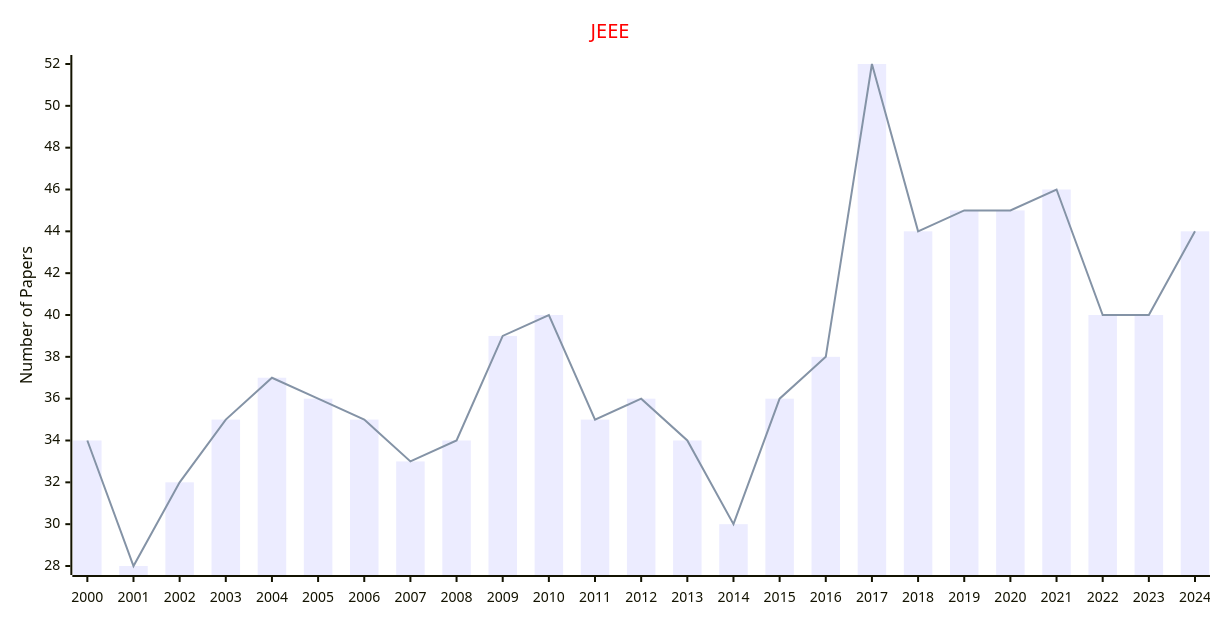
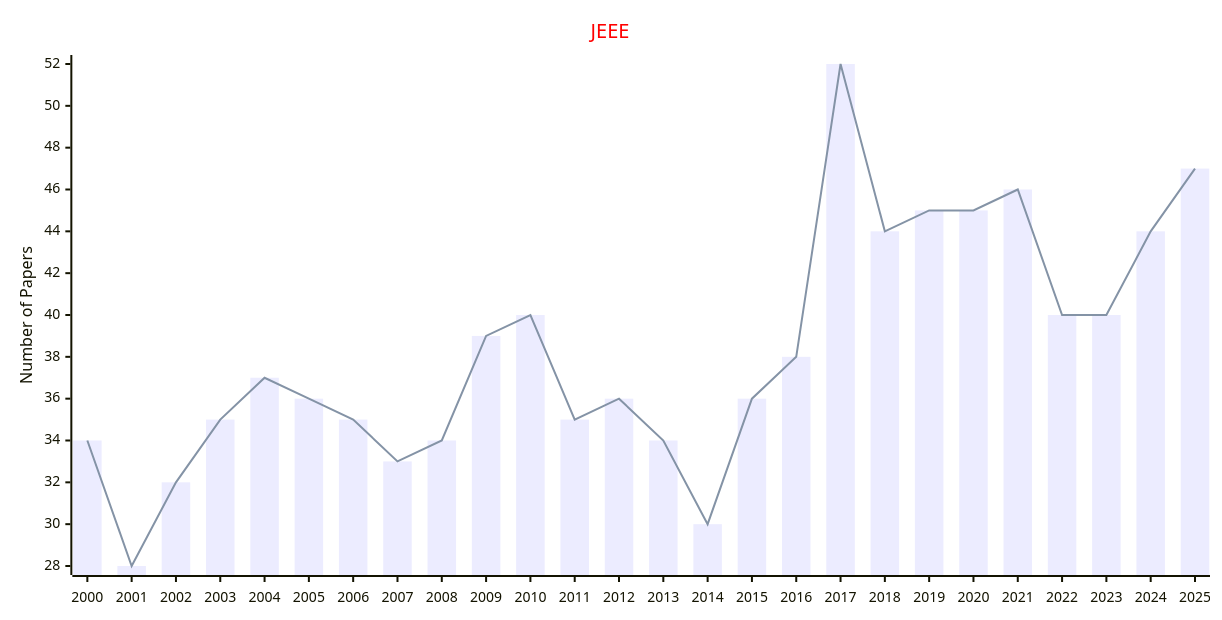
The diagram in docs/data/Journals/Statistics_Journals/Animal_behaviour.md (Easy-PhD/AILinks), drawn with Mermaid before and after one commit. The commit also changed 93 other files, not shown here.

````diff
--- a/docs/data/Journals/Statistics_Journals/Animal_behaviour.md
+++ b/docs/data/Journals/Statistics_Journals/Animal_behaviour.md
@@ -9,17 +9,17 @@
 ```mermaid
 ---
 config:
     xyChart:
         width: 1200
         height: 600
     themeVariables:
         xyChart:
             titleColor: "#ff0000"
 ---
 xychart-beta
     title "JEEE"
-    x-axis [2000, 2001, 2002, 2003, 2004, 2005, 2006, 2007, 2008, 2009, 2010, 2011, 2012, 2013, 2014, 2015, 2016, 2017, 2018, 2019, 2020, 2021, 2022, 2023, 2024]
+    x-axis [2000, 2001, 2002, 2003, 2004, 2005, 2006, 2007, 2008, 2009, 2010, 2011, 2012, 2013, 2014, 2015, 2016, 2017, 2018, 2019, 2020, 2021, 2022, 2023, 2024, 2025]
     y-axis "Number of Papers"
-    bar [34, 28, 32, 35, 37, 36, 35, 33, 34, 39, 40, 35, 36, 34, 30, 36, 38, 52, 44, 45, 45, 46, 40, 40, 44]
-    line [34, 28, 32, 35, 37, 36, 35, 33, 34, 39, 40, 35, 36, 34, 30, 36, 38, 52, 44, 45, 45, 46, 40, 40, 44]
+    bar [34, 28, 32, 35, 37, 36, 35, 33, 34, 39, 40, 35, 36, 34, 30, 36, 38, 52, 44, 45, 45, 46, 40, 40, 44, 47]
+    line [34, 28, 32, 35, 37, 36, 35, 33, 34, 39, 40, 35, 36, 34, 30, 36, 38, 52, 44, 45, 45, 46, 40, 40, 44, 47]
 ```
````
